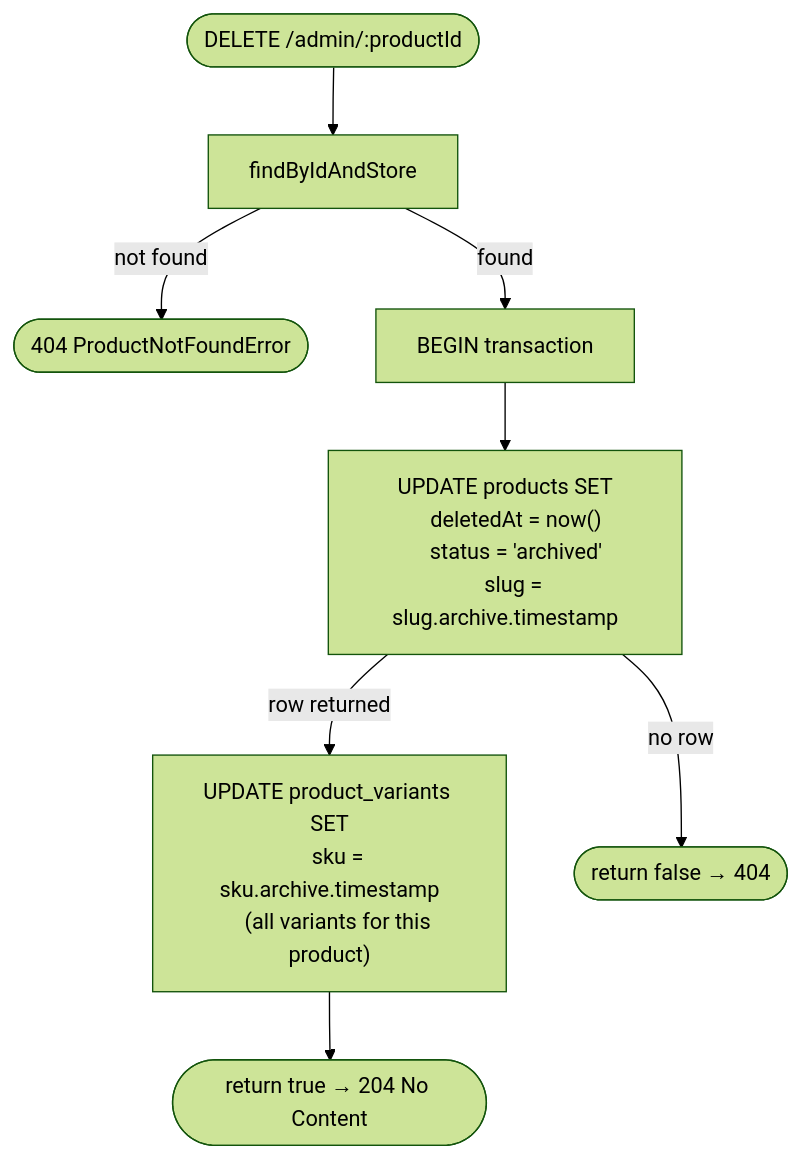
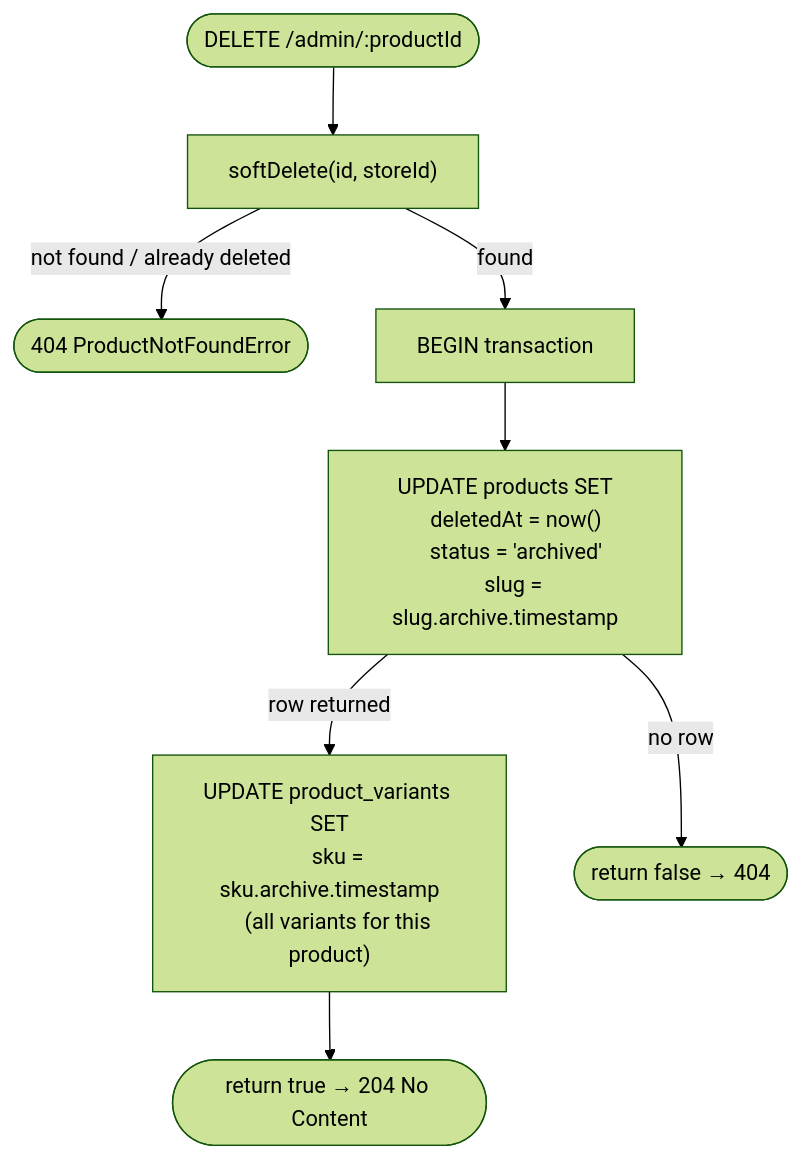
One commit to akvsx/ferrite changed the fourth of 4 diagrams in apps/core/src/modules/products/README.md. Above: the diagram before and after it, drawn with Mermaid (forest theme). The commit also changed other lines of this file and 1 other file, not shown here.

````diff
--- a/apps/core/src/modules/products/README.md
+++ b/apps/core/src/modules/products/README.md
@@ -122,15 +159,15 @@
 ```mermaid
 flowchart TD
-    A([DELETE /admin/:productId]) --> B[findByIdAndStore]
-    B -->|not found| E([404 ProductNotFoundError])
+    A([DELETE /admin/:productId]) --> B["softDelete(id, storeId)"]
+    B -->|not found / already deleted| E([404 ProductNotFoundError])
     B -->|found| C[BEGIN transaction]
     C --> D["UPDATE products SET
     deletedAt = now()
     status = 'archived'
     slug = slug.archive.timestamp"]
     D -->|row returned| F["UPDATE product_variants SET
     sku = sku.archive.timestamp
     (all variants for this product)"]
     D -->|no row| G([return false → 404])
     F --> H([return true → 204 No Content])
 ```
````
